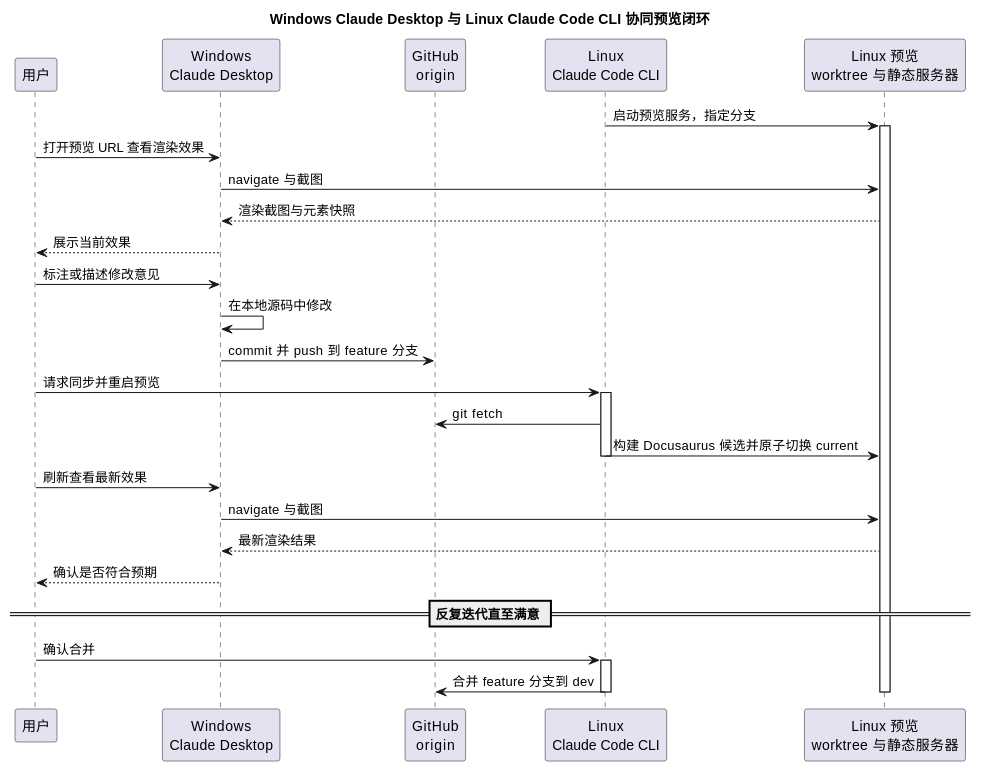
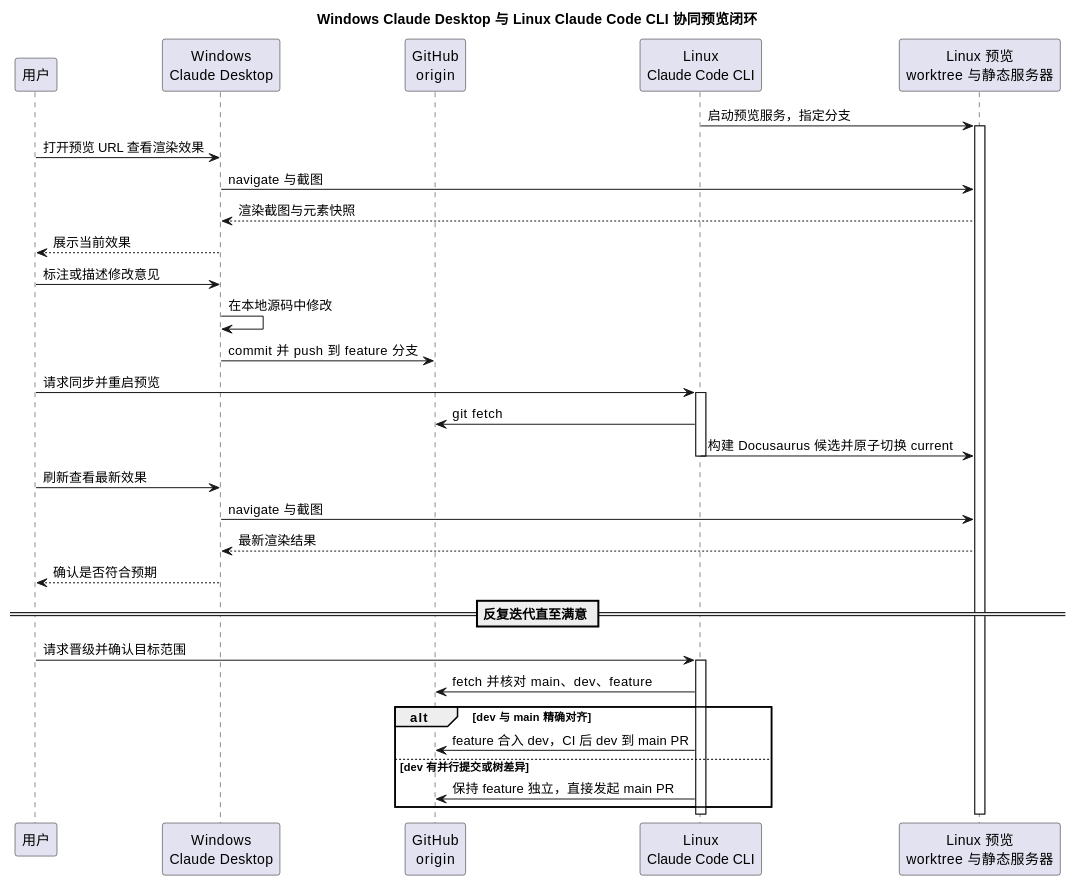
The diagram in docs/architecture/dev-workflow.md (lyty1997/AxialMuseWebsite), drawn with PlantUML before and after one commit. The commit also changed other lines of this file and 6 other files, not shown here.

````diff
--- a/docs/architecture/dev-workflow.md
+++ b/docs/architecture/dev-workflow.md
@@ -110,40 +110,45 @@
 ```plantuml
 @startuml
 title Windows Claude Desktop 与 Linux Claude Code CLI 协同预览闭环
 participant "用户" as User
 participant "Windows\nClaude Desktop" as Win
 participant "GitHub\norigin" as Hub
 participant "Linux\nClaude Code CLI" as Linux
 participant "Linux 预览\nworktree 与静态服务器" as Preview
 
 Linux -> Preview : 启动预览服务，指定分支
 activate Preview
 
 User -> Win : 打开预览 URL 查看渲染效果
 Win -> Preview : navigate 与截图
 Preview --> Win : 渲染截图与元素快照
 Win --> User : 展示当前效果
 User -> Win : 标注或描述修改意见
 Win -> Win : 在本地源码中修改
 Win -> Hub : commit 并 push 到 feature 分支
 
 User -> Linux : 请求同步并重启预览
 activate Linux
 Linux -> Hub : git fetch
 Linux -> Preview : 构建 Docusaurus 候选并原子切换 current
 deactivate Linux
 
 User -> Win : 刷新查看最新效果
 Win -> Preview : navigate 与截图
 Preview --> Win : 最新渲染结果
 Win --> User : 确认是否符合预期
 
 == 反复迭代直至满意 ==
 
-User -> Linux : 确认合并
+User -> Linux : 请求晋级并确认目标范围
 activate Linux
-Linux -> Hub : 合并 feature 分支到 dev
+Linux -> Hub : fetch 并核对 main、dev、feature
+alt dev 与 main 精确对齐
+  Linux -> Hub : feature 合入 dev，CI 后 dev 到 main PR
+else dev 有并行提交或树差异
+  Linux -> Hub : 保持 feature 独立，直接发起 main PR
+end
 deactivate Linux
 deactivate Preview
 @enduml
 ```
````
